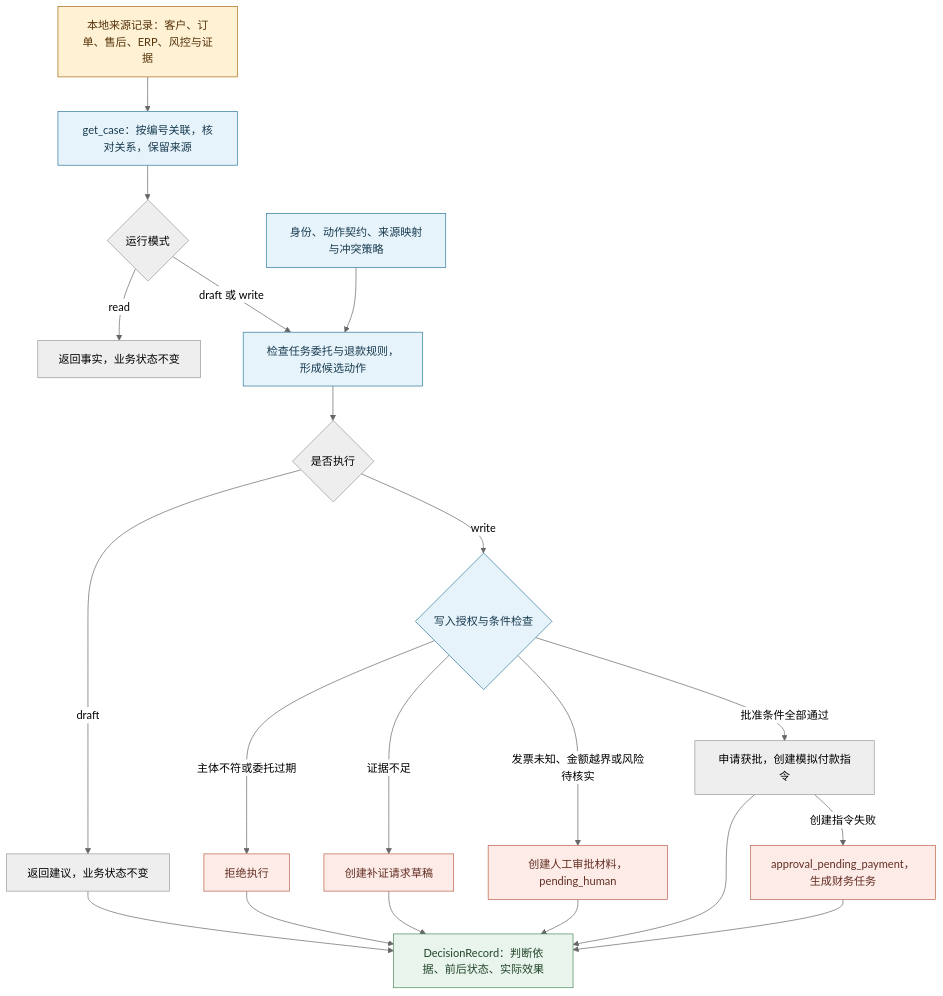
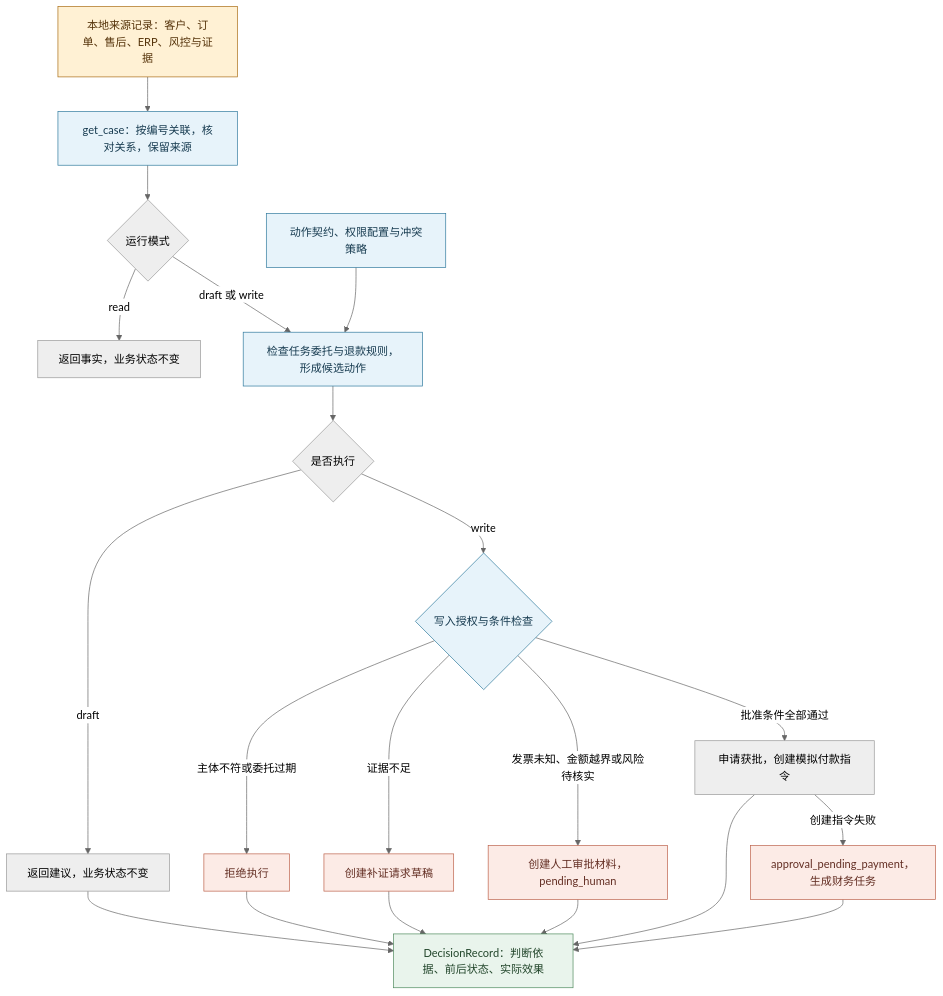
Before and after one commit to huangjia2019/ontology-fde: the diagram in docs/assets/architecture/yunfan-ontology-agent-system-evolution.mmd, drawn with Mermaid (neutral theme). The commit also changed 24 other files, not shown here.

```diff
--- a/docs/assets/architecture/yunfan-ontology-agent-system-evolution.mmd
+++ b/docs/assets/architecture/yunfan-ontology-agent-system-evolution.mmd
@@ -1,28 +1,28 @@
 flowchart TD
     S["本地来源记录：客户、订单、售后、ERP、风控与证据"] --> O["get_case：按编号关联，核对关系，保留来源"]
     O --> M{"运行模式"}
     M -->|read| R["返回事实，业务状态不变"]
     M -->|draft 或 write| P["检查任务委托与退款规则，形成候选动作"]
-    C["身份、动作契约、来源映射与冲突策略"] --> P
+    C["动作契约、权限配置与冲突策略"] --> P
     P --> D{"是否执行"}
     D -->|draft| N["返回建议，业务状态不变"]
     D -->|write| W{"写入授权与条件检查"}
     W -->|主体不符或委托过期| X["拒绝执行"]
     W -->|证据不足| Q["创建补证请求草稿"]
     W -->|发票未知、金额越界或风险待核实| H["创建人工审批材料，pending_human"]
     W -->|批准条件全部通过| A["申请获批，创建模拟付款指令"]
     A -->|创建指令失败| F["approval_pending_payment，生成财务任务"]
     N --> DR["DecisionRecord：判断依据、前后状态、实际效果"]
     X --> DR
     Q --> DR
     H --> DR
     A --> DR
     F --> DR
     classDef source fill:#FFF1D4,stroke:#A96B12,color:#55330A;
     classDef model fill:#E7F3FA,stroke:#2F799D,color:#173B50;
     classDef stop fill:#FCEBE6,stroke:#BD624B,color:#632E23;
     classDef record fill:#E9F4EC,stroke:#4E8A5D,color:#21452A;
     class S source;
     class O,P,C,W model;
     class X,Q,H,F stop;
     class DR record;
```
